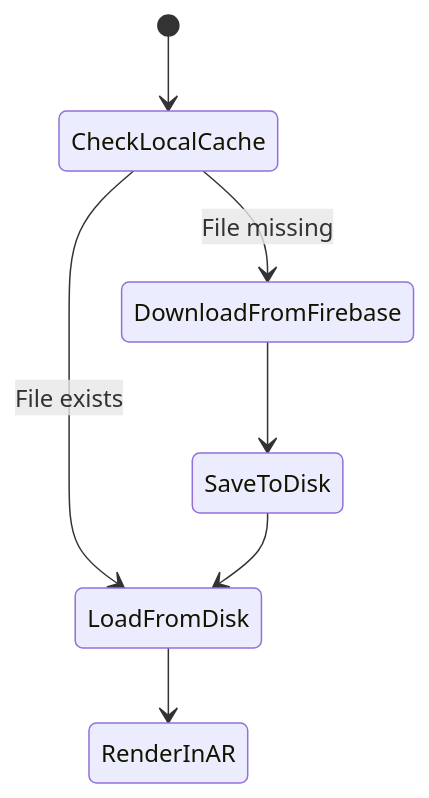
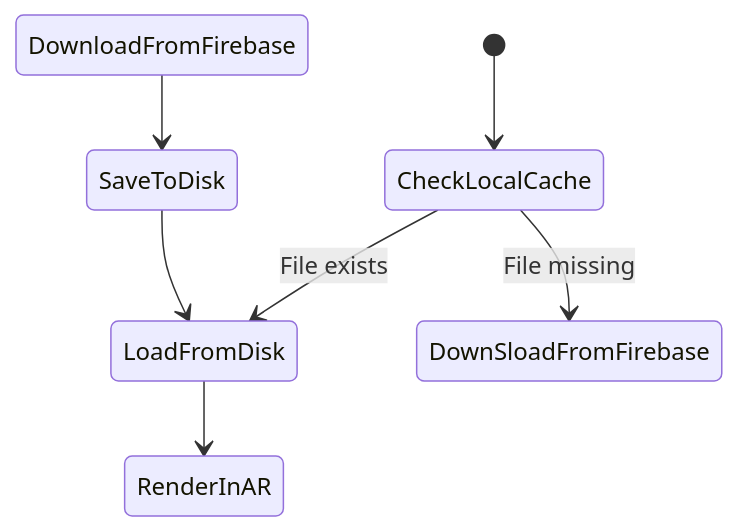
One commit to Vinoth-ai-20/lumiroom changed the second of 2 diagrams in docs/AssetPipeline.md. Above: the diagram before and after it, drawn with Mermaid. The commit also changed other lines of this file and 44 other files, not shown here.

````diff
--- a/docs/AssetPipeline.md
+++ b/docs/AssetPipeline.md
@@ -47,9 +51,9 @@
 ```mermaid
 stateDiagram-v2
     [*] --> CheckLocalCache
     CheckLocalCache --> LoadFromDisk : File exists
-    CheckLocalCache --> DownloadFromFirebase : File missing
+    CheckLocalCache --> DownSloadFromFirebase : File missing
     DownloadFromFirebase --> SaveToDisk
     SaveToDisk --> LoadFromDisk
     LoadFromDisk --> RenderInAR
 ```
````
